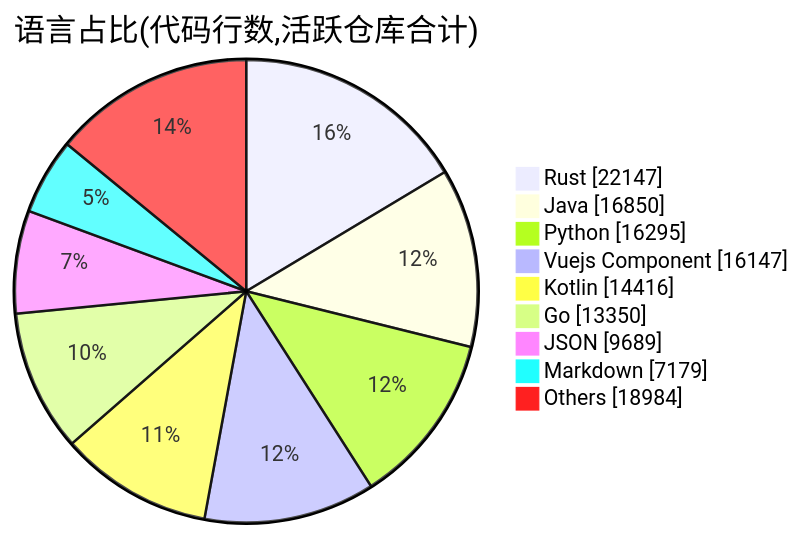
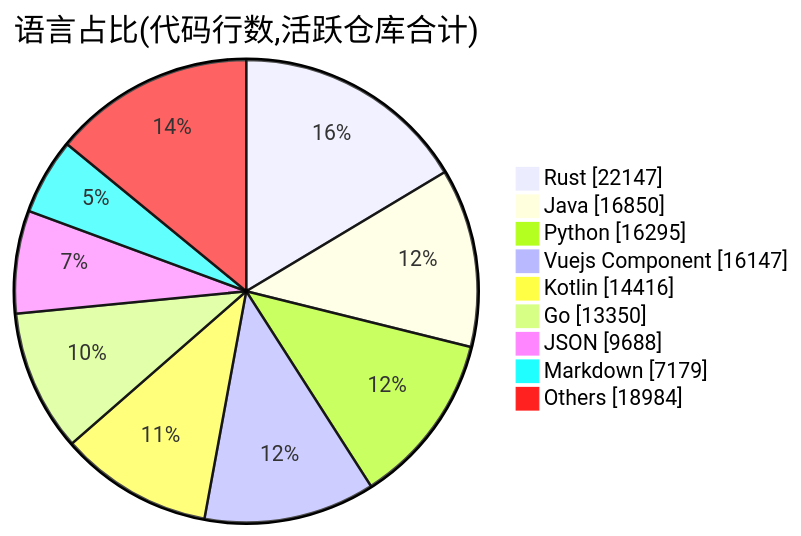
The second of 2 diagrams in profile/README.md (Conflux-Union/.github), drawn with Mermaid before and after one commit. The commit also changed other lines of this file and 1 other file, not shown here.

````diff
--- a/profile/README.md
+++ b/profile/README.md
@@ -78,13 +78,13 @@
 ```mermaid
 pie showData
     title 语言占比(代码行数,活跃仓库合计)
     "Rust" : 22147
     "Java" : 16850
     "Python" : 16295
     "Vuejs Component" : 16147
     "Kotlin" : 14416
     "Go" : 13350
-    "JSON" : 9689
+    "JSON" : 9688
     "Markdown" : 7179
     "Others" : 18984
 ```
````
